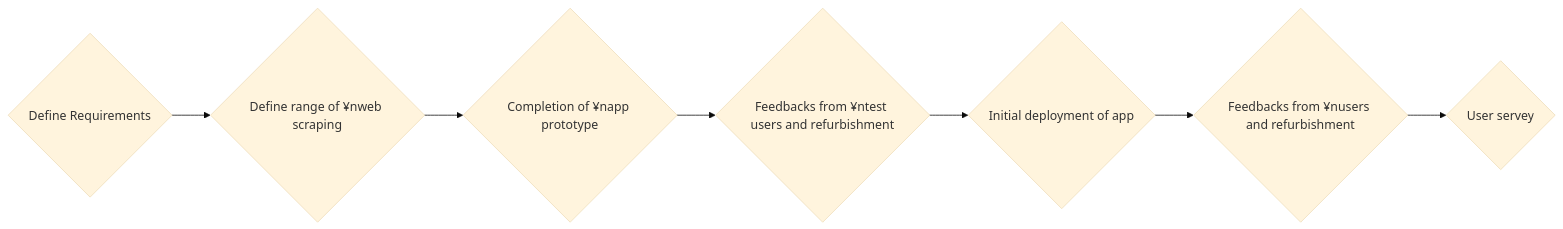
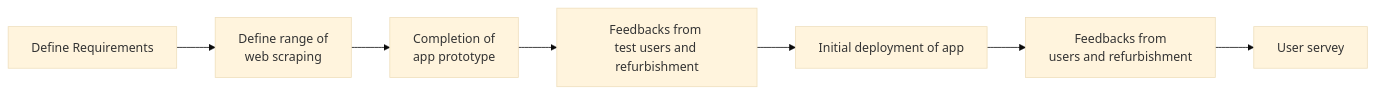
The first of 3 diagrams in README.md (riow1983/Coursera-PMP), drawn with Mermaid (base theme) before and after one commit. The commit also changed other lines of this file, not shown here.

````diff
--- a/README.md
+++ b/README.md
@@ -50,17 +50,16 @@
 ```mermaid
 graph LR
-  A{Define Requirements}
-  B{Define range of ¥nweb scraping}
-  C{Completion of ¥napp prototype}
-  D{Feedbacks from ¥ntest users and refurbishment}
-  E{Initial deployment of app}
-  F{Feedbacks from ¥nusers and refurbishment}
-  G{User servey}
-
+  A[Define Requirements]
+  B[Define range of \nweb scraping]
+  C[Completion of \napp prototype]
+  D[Feedbacks from \ntest users and refurbishment]
+  E[Initial deployment of app]
+  F[Feedbacks from \nusers and refurbishment]
+  G[User servey]
   A-->B
   B-->C
   C-->D
   D-->E
   E-->F
   F-->G
 ```
````
